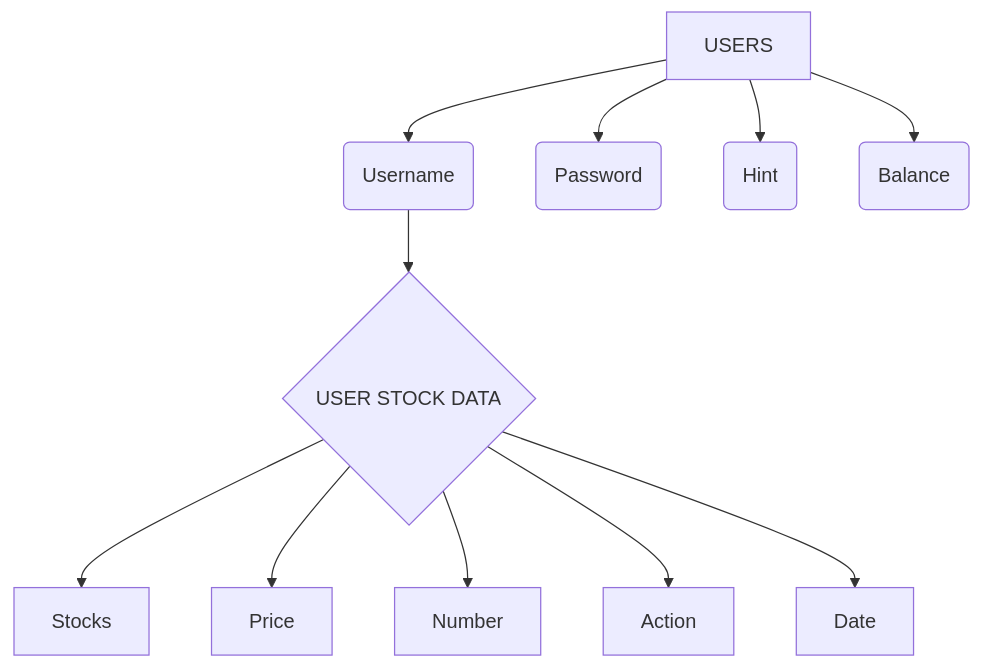
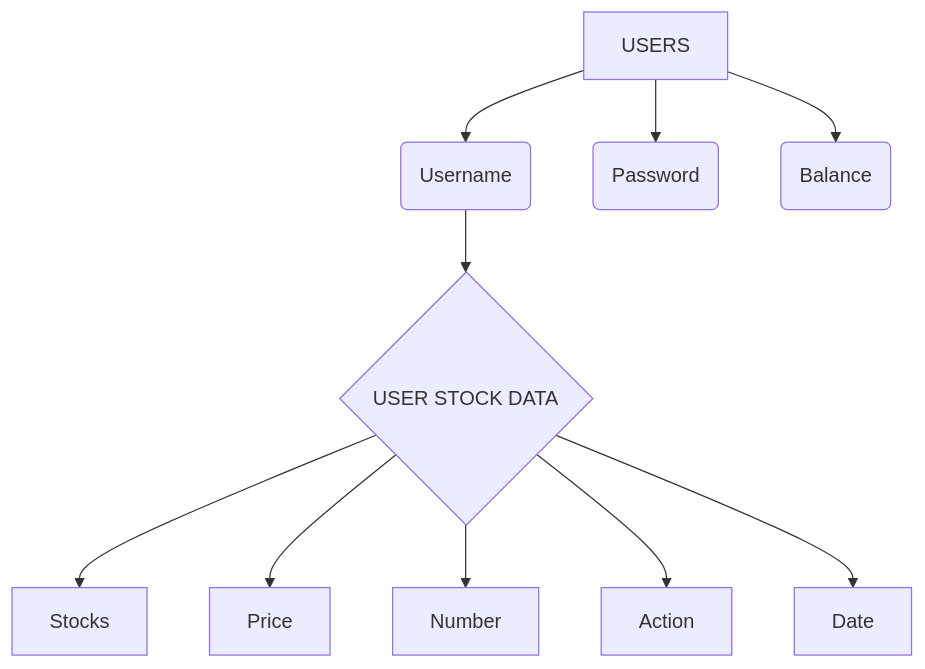
Before and after one commit to preetpatel18/Stock-Simulation: the diagram in README.md, drawn with Mermaid. The commit also changed other lines of this file, not shown here.

````diff
--- a/README.md
+++ b/README.md
@@ -54,13 +54,12 @@
 ```mermaid
 graph TD;
     OverallU[USERS] --> User(Username)
     OverallU --> Pass(Password)
-    OverallU --> Hin(Hint)
     OverallU --> Bala(Balance)
     User --> stk{USER STOCK DATA}
     stk --> stkName[Stocks]
     stk--> stkPrice[Price]
     stk --> NumStk[Number]
     stk --> stkB-or-S[Action]
     stk --> stkDate[Date]
 ```
````
